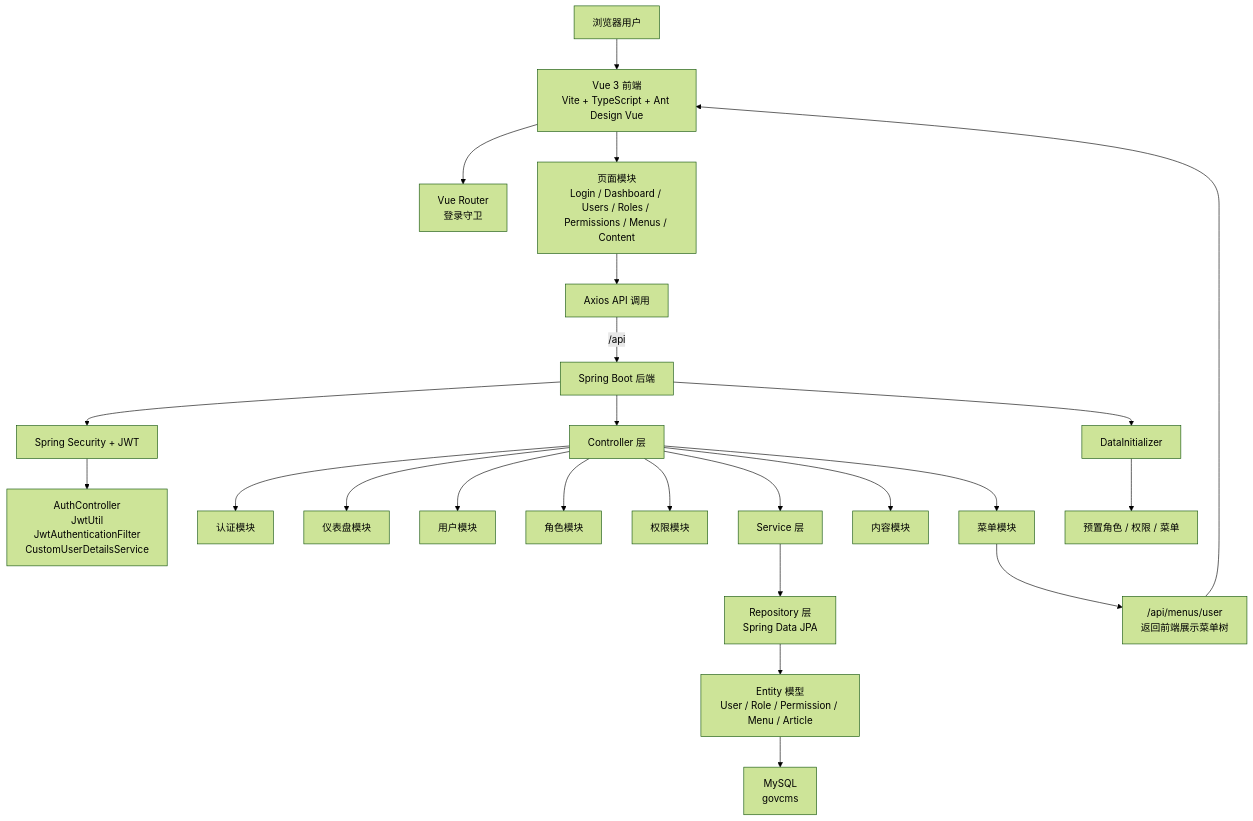
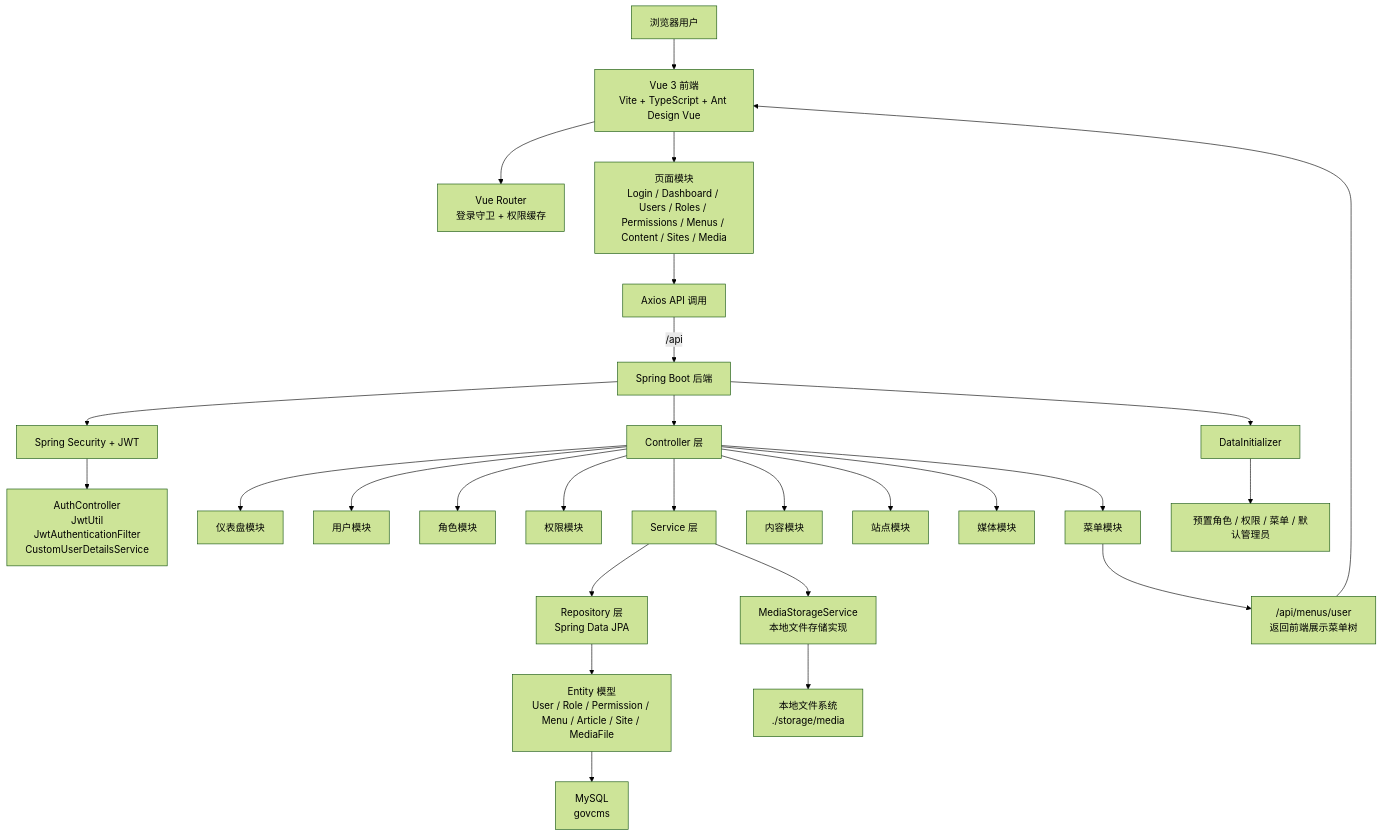
Before and after one commit to bobo-eng/Govcms: the diagram in findings.md, drawn with Mermaid (forest theme). The commit also changed other lines of this file and 23 other files, not shown here.

````diff
--- a/findings.md
+++ b/findings.md
@@ -68,32 +85,35 @@
 ```mermaid
 graph TD
     User["浏览器用户"] --> Frontend["Vue 3 前端\nVite + TypeScript + Ant Design Vue"]
 
-    Frontend --> Router["Vue Router\n登录守卫"]
-    Frontend --> Views["页面模块\nLogin / Dashboard / Users / Roles / Permissions / Menus / Content"]
+    Frontend --> Router["Vue Router\n登录守卫 + 权限缓存"]
+    Frontend --> Views["页面模块\nLogin / Dashboard / Users / Roles / Permissions / Menus / Content / Sites / Media"]
     Views --> Axios["Axios API 调用"]
     Axios -->|"/api"| Backend["Spring Boot 后端"]
 
     Backend --> Security["Spring Security + JWT"]
     Security --> AuthChain["AuthController\nJwtUtil\nJwtAuthenticationFilter\nCustomUserDetailsService"]
 
     Backend --> Controllers["Controller 层"]
-    Controllers --> AuthModule["认证模块"]
     Controllers --> DashboardModule["仪表盘模块"]
     Controllers --> UserModule["用户模块"]
     Controllers --> RoleModule["角色模块"]
     Controllers --> PermissionModule["权限模块"]
     Controllers --> MenuModule["菜单模块"]
     Controllers --> ArticleModule["内容模块"]
+    Controllers --> SiteModule["站点模块"]
+    Controllers --> MediaModule["媒体模块"]
 
     Controllers --> Services["Service 层"]
+    Services --> Storage["MediaStorageService\n本地文件存储实现"]
     Services --> Repositories["Repository 层\nSpring Data JPA"]
-    Repositories --> Entities["Entity 模型\nUser / Role / Permission / Menu / Article"]
+    Repositories --> Entities["Entity 模型\nUser / Role / Permission / Menu / Article / Site / MediaFile"]
     Entities --> Database["MySQL\ngovcms"]
+    Storage --> FileSystem["本地文件系统\n./storage/media"]
 
     Backend --> Init["DataInitializer"]
-    Init --> SeedData["预置角色 / 权限 / 菜单"]
+    Init --> SeedData["预置角色 / 权限 / 菜单 / 默认管理员"]
 
     MenuModule --> MenuFlow["/api/menus/user\n返回前端展示菜单树"]
     MenuFlow --> Frontend
 ```
````
